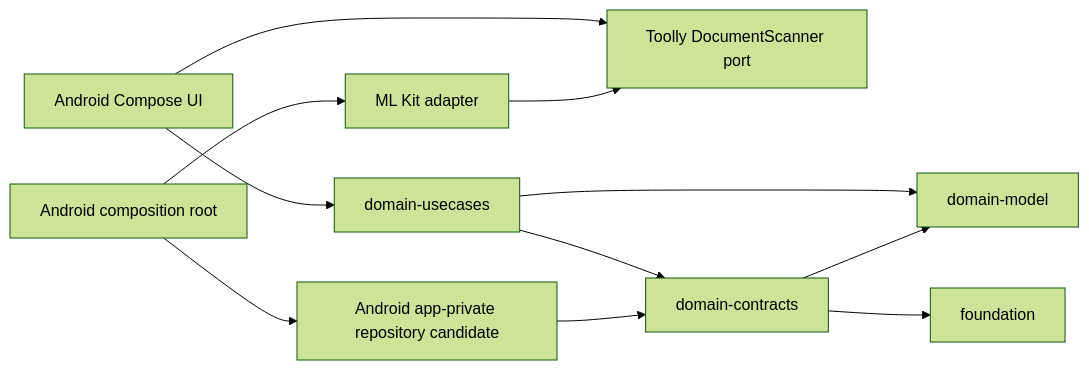
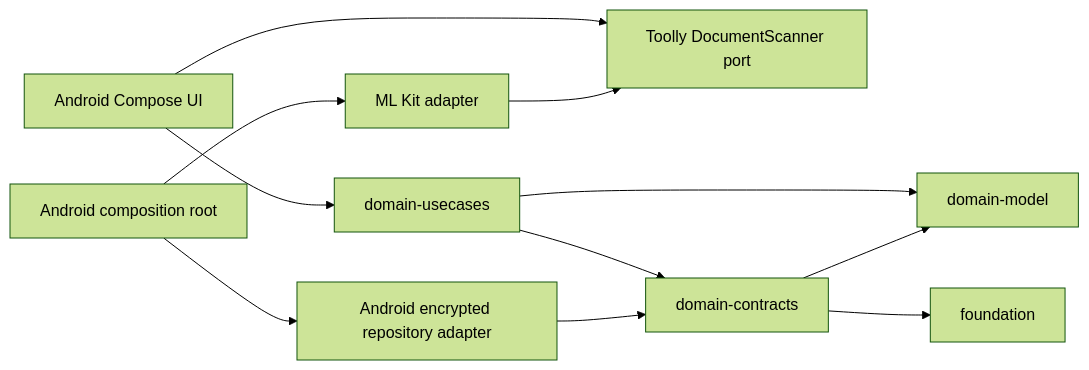
Before and after one commit to toollyscan/toolly-mobile: the diagram in docs/architecture/TLY011_CAPTURE_LIBRARY_WALKING_SLICE.md, drawn with Mermaid (forest theme). The commit also changed other lines of this file and 14 other files, not shown here.

First line of the commit message:
[TLY-006F] Encrypt Android document repository and assets (#44)

````diff
--- a/docs/architecture/TLY011_CAPTURE_LIBRARY_WALKING_SLICE.md
+++ b/docs/architecture/TLY011_CAPTURE_LIBRARY_WALKING_SLICE.md
@@ -16,13 +16,13 @@
 ```mermaid
 flowchart LR
     UI[Android Compose UI] --> UseCases[domain-usecases]
     UI --> Scanner[Toolly DocumentScanner port]
     UseCases --> Contracts[domain-contracts]
     UseCases --> Model[domain-model]
     Contracts --> Model
     Contracts --> Foundation[foundation]
-    AndroidRepository[Android app-private repository candidate] --> Contracts
+    AndroidRepository[Android encrypted repository adapter] --> Contracts
     MLKit[ML Kit adapter] --> Scanner
     Composition[Android composition root] --> AndroidRepository
     Composition --> MLKit
 ```
````
